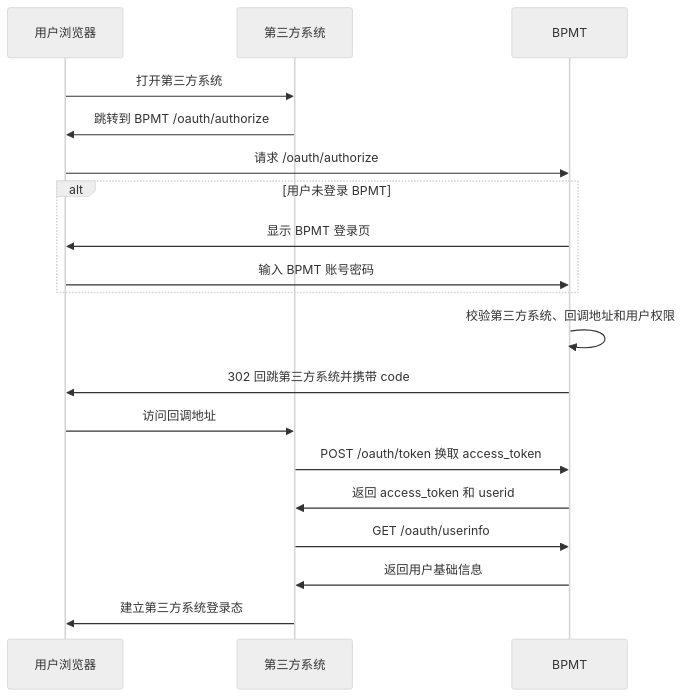
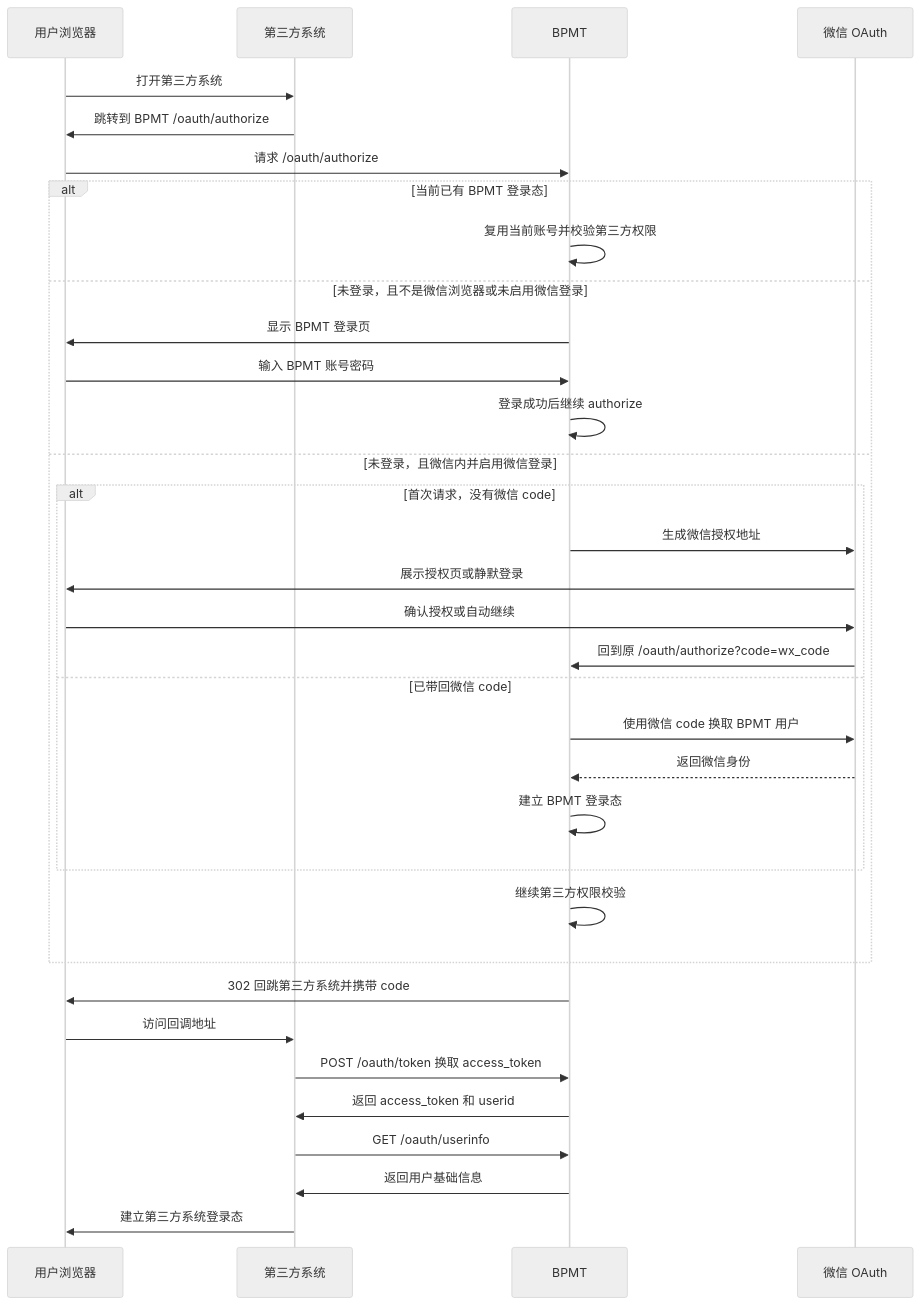
Before and after one commit to wodenwang/bpmt-doc: the first of 2 diagrams in docs/11.OAuth第三方登录/README.md, drawn with Mermaid (neutral theme). The commit also changed other lines of this file and 4 other files, not shown here.

````diff
--- a/docs/11.OAuth第三方登录/README.md
+++ b/docs/11.OAuth第三方登录/README.md
@@ -29,22 +82,37 @@
 ```mermaid
 sequenceDiagram
     participant User as 用户浏览器
     participant Third as 第三方系统
     participant BPMT as BPMT
+    participant WeChat as 微信 OAuth
 
     User->>Third: 打开第三方系统
     Third->>User: 跳转到 BPMT /oauth/authorize
     User->>BPMT: 请求 /oauth/authorize
-    alt 用户未登录 BPMT
+    alt 当前已有 BPMT 登录态
+        BPMT->>BPMT: 复用当前账号并校验第三方权限
+    else 未登录，且不是微信浏览器或未启用微信登录
         BPMT->>User: 显示 BPMT 登录页
         User->>BPMT: 输入 BPMT 账号密码
+        BPMT->>BPMT: 登录成功后继续 authorize
+    else 未登录，且微信内并启用微信登录
+        alt 首次请求，没有微信 code
+            BPMT->>WeChat: 生成微信授权地址
+            WeChat->>User: 展示授权页或静默登录
+            User->>WeChat: 确认授权或自动继续
+            WeChat->>BPMT: 回到原 /oauth/authorize?code=wx_code
+        else 已带回微信 code
+            BPMT->>WeChat: 使用微信 code 换取 BPMT 用户
+            WeChat-->>BPMT: 返回微信身份
+            BPMT->>BPMT: 建立 BPMT 登录态
+        end
+        BPMT->>BPMT: 继续第三方权限校验
     end
-    BPMT->>BPMT: 校验第三方系统、回调地址和用户权限
     BPMT->>User: 302 回跳第三方系统并携带 code
     User->>Third: 访问回调地址
     Third->>BPMT: POST /oauth/token 换取 access_token
     BPMT->>Third: 返回 access_token 和 userid
     Third->>BPMT: GET /oauth/userinfo
     BPMT->>Third: 返回用户基础信息
     Third->>User: 建立第三方系统登录态
 ```
````
